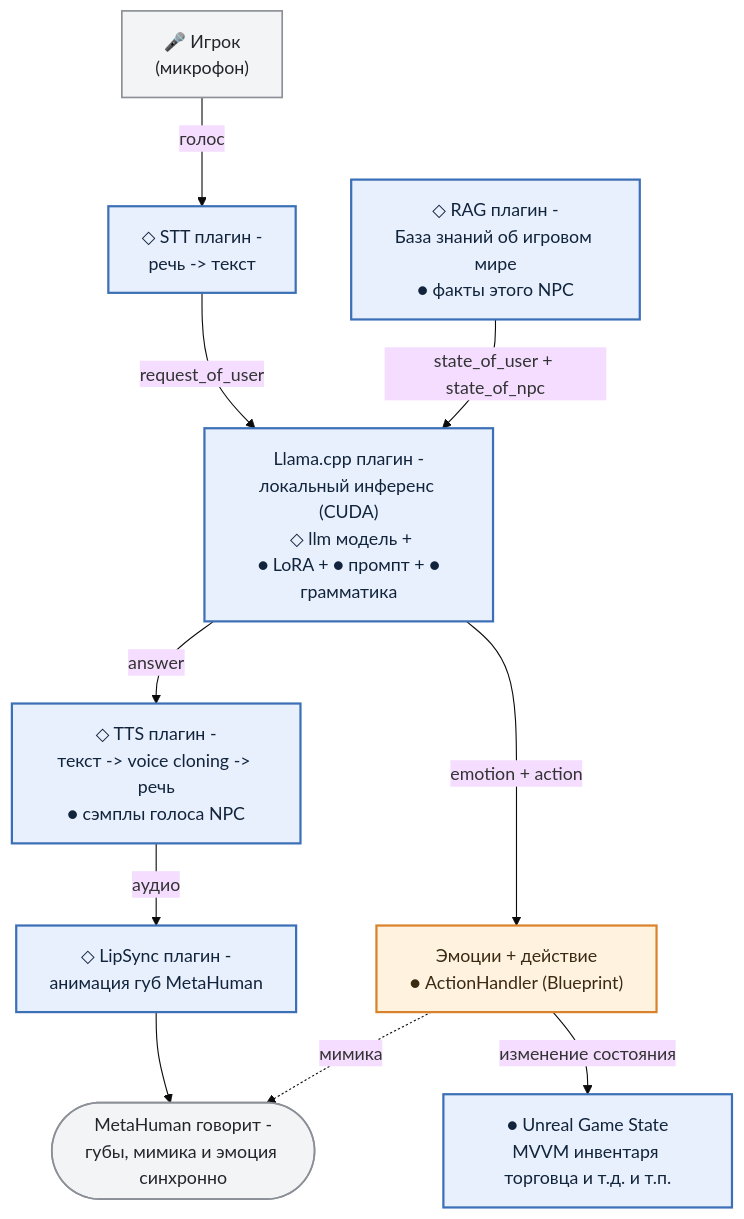
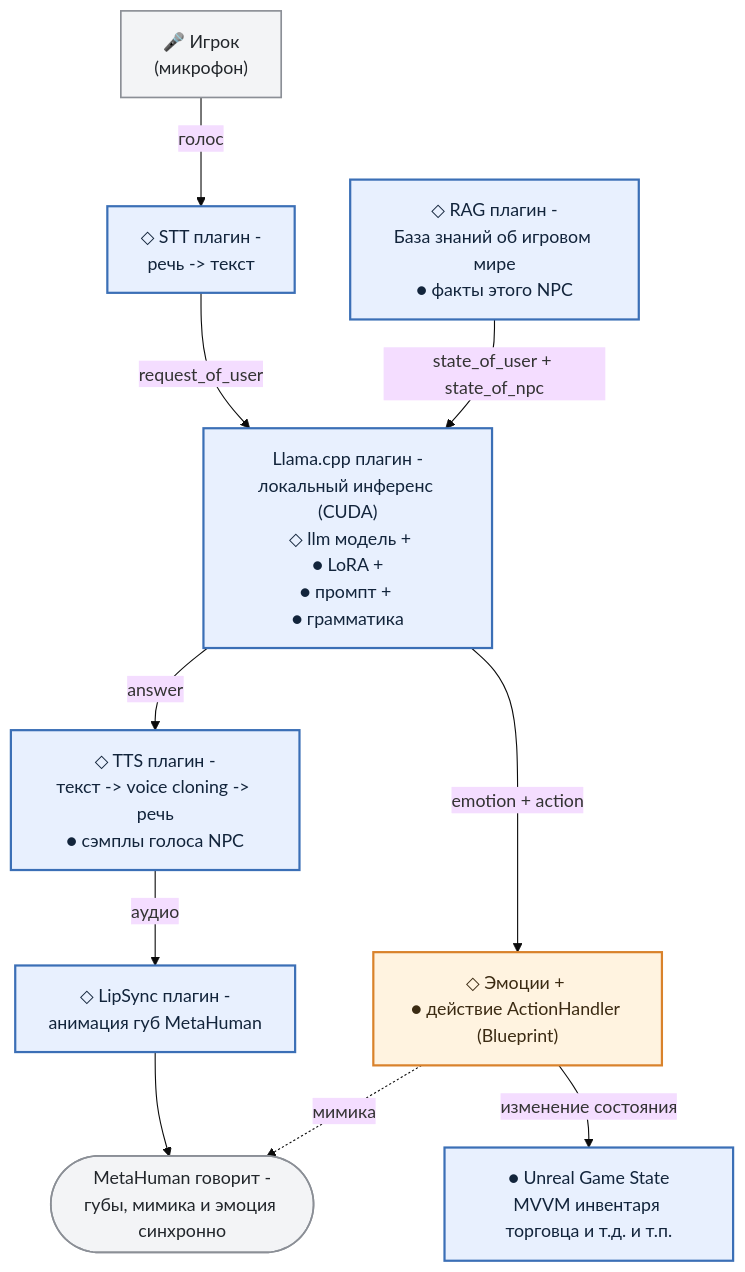
One commit to MimusTriurus/ullama_demo changed the diagram in docs/parts/section-01-overview.md. Above: the diagram before and after it, drawn with Mermaid (base theme). The commit also changed other lines of this file and 1 other file, not shown here.

````diff
--- a/docs/parts/section-01-overview.md
+++ b/docs/parts/section-01-overview.md
@@ -31,30 +31,30 @@
 ```mermaid
 flowchart TD
     Player["🎤 Игрок<br/>(микрофон)"]
     STT["◇ STT плагин -<br/>речь -> текст"]
     KB["◇ RAG плагин -<br/>База знаний об игровом мире<br/>● факты этого NPC"]
-    LLM["Llama.cpp плагин -<br/>локальный инференс (CUDA)<br/> ◇ llm модель +<br/> ● LoRA + ● промпт + ● грамматика"]
+    LLM["Llama.cpp плагин -<br/>локальный инференс (CUDA)<br/> ◇ llm модель +<br/> ● LoRA + <br/>● промпт + <br/>● грамматика"]
     TTS["◇ TTS плагин -<br/>текст -> voice cloning -> речь<br/>● сэмплы голоса NPC"]
-    ACT["Эмоции + действие<br/>● ActionHandler (Blueprint)"]
+    ACT["◇ Эмоции + <br/>● действие ActionHandler (Blueprint)"]
     LS["◇ LipSync плагин -<br/>анимация губ MetaHuman"]
     UI["● Unreal Game State<br/>MVVM инвентаря торговца и т.д. и т.п."]
     OUT(["MetaHuman говорит -<br/>губы, мимика и эмоция синхронно"])
 
     Player -- голос --> STT
     STT -- "request_of_user" --> LLM
     KB -- "state_of_user + state_of_npc" --> LLM
     LLM -- "answer" --> TTS
     LLM -- "emotion + action" --> ACT
     TTS -- аудио --> LS
     ACT -- изменение состояния --> UI
     LS --> OUT
     ACT -. мимика .-> OUT
 
     classDef frame fill:#e8f0fe,stroke:#3b6fb6,stroke-width:2px,color:#12243b
     classDef swap fill:#fff3e0,stroke:#d9822b,stroke-width:2px,color:#3b2a12
     classDef edge fill:#f3f4f6,stroke:#8b8f96,stroke-width:1.5px,color:#22262b
 
     class STT,KB,LLM,TTS,LS,UI frame
     class ACT swap
     class Player,OUT edge
 ```
````
